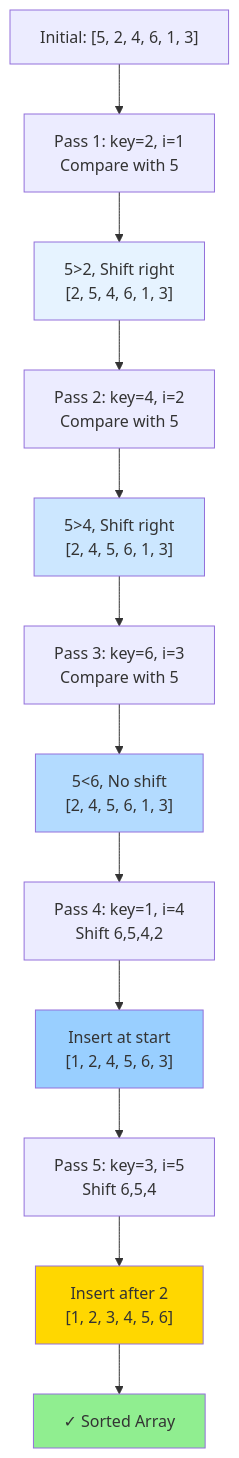
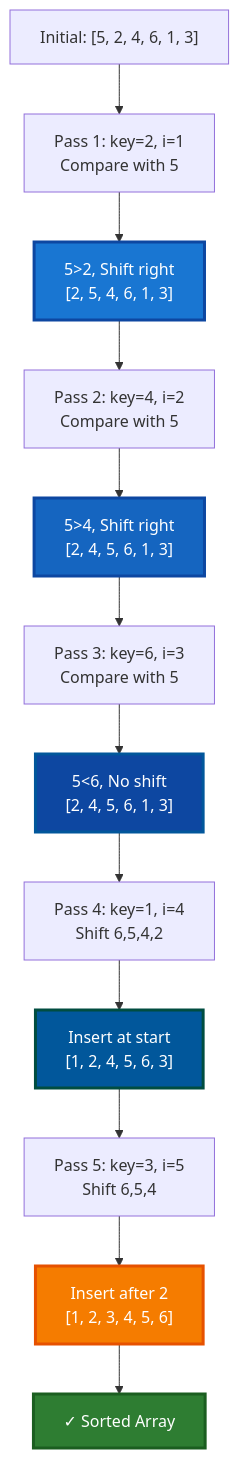
The fifth of 13 diagrams in dsa/Advanced/sorting/README.md (pentoshi007/tuf), drawn with Mermaid before and after one commit. The commit also changed other lines of this file, not shown here.

First line of the commit message:
Improve visibility of Mermaid diagrams with better color contrast

````diff
--- a/dsa/Advanced/sorting/README.md
+++ b/dsa/Advanced/sorting/README.md
@@ -342,23 +350,23 @@
 ```mermaid
 graph TD
     A["Initial: [5, 2, 4, 6, 1, 3]"] --> B
-    
+
     B["Pass 1: key=2, i=1<br/>Compare with 5"] --> C["5>2, Shift right<br/>[2, 5, 4, 6, 1, 3]"]
-    
+
     C --> D["Pass 2: key=4, i=2<br/>Compare with 5"] --> E["5>4, Shift right<br/>[2, 4, 5, 6, 1, 3]"]
-    
+
     E --> F["Pass 3: key=6, i=3<br/>Compare with 5"] --> G["5<6, No shift<br/>[2, 4, 5, 6, 1, 3]"]
-    
+
     G --> H["Pass 4: key=1, i=4<br/>Shift 6,5,4,2"] --> I["Insert at start<br/>[1, 2, 4, 5, 6, 3]"]
-    
+
     I --> J["Pass 5: key=3, i=5<br/>Shift 6,5,4"] --> K["Insert after 2<br/>[1, 2, 3, 4, 5, 6]"]
-    
+
     K --> L["✓ Sorted Array"]
-    
-    style C fill:#E6F3FF
-    style E fill:#CCE7FF
-    style G fill:#B3DBFF
-    style I fill:#99CFFF
-    style K fill:#FFD700
-    style L fill:#90EE90
+
+    style C fill:#1976D2,stroke:#0D47A1,stroke-width:3px,color:#fff
+    style E fill:#1565C0,stroke:#0D47A1,stroke-width:3px,color:#fff
+    style G fill:#0D47A1,stroke:#01579B,stroke-width:3px,color:#fff
+    style I fill:#01579B,stroke:#004D40,stroke-width:3px,color:#fff
+    style K fill:#F57C00,stroke:#E65100,stroke-width:3px,color:#fff
+    style L fill:#2E7D32,stroke:#1B5E20,stroke-width:3px,color:#fff
 ```
````
